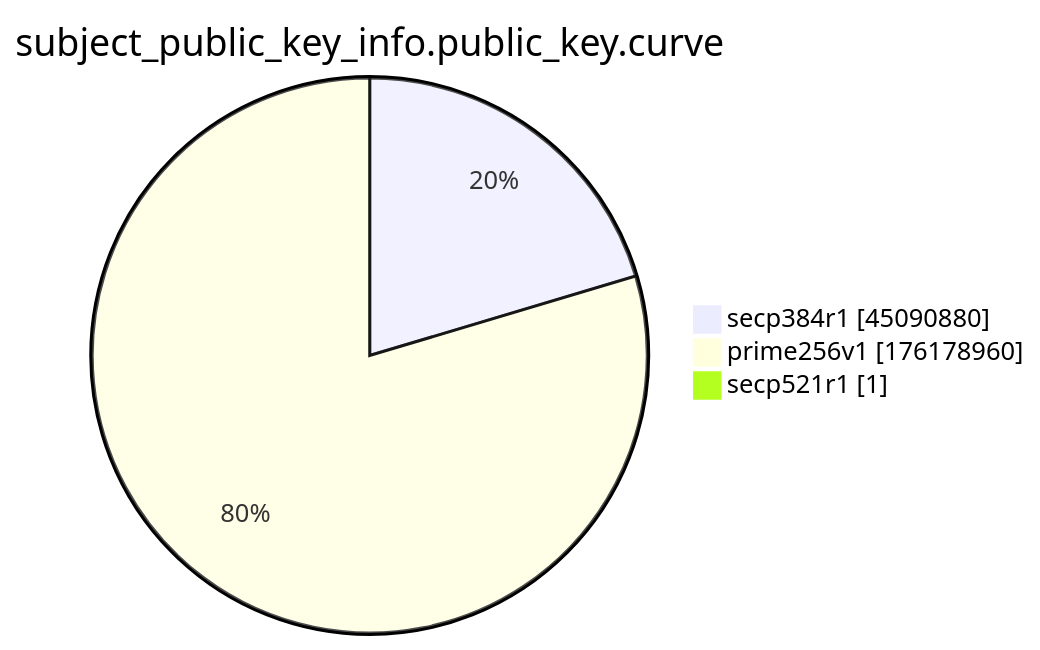
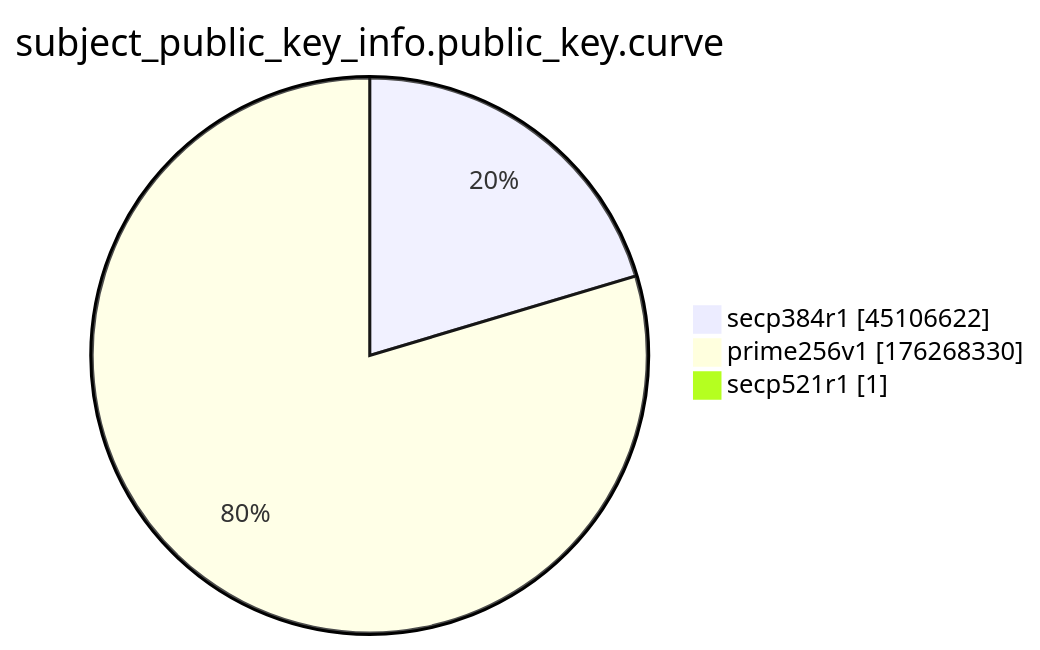
Before and after one commit to christiankrug/ctmonitor_visualization: the ninth of 15 diagrams in xenon2022/README.md, drawn with Mermaid. The commit also changed other lines of this file, not shown here.

````diff
--- a/xenon2022/README.md
+++ b/xenon2022/README.md
@@ -2872,7 +2872,7 @@
 ```mermaid
 pie showData
 title subject_public_key_info.public_key.curve
-"secp384r1" :45090880
-"prime256v1" :176178960
+"secp384r1" :45106622
+"prime256v1" :176268330
 "secp521r1" :1
 ```
````
